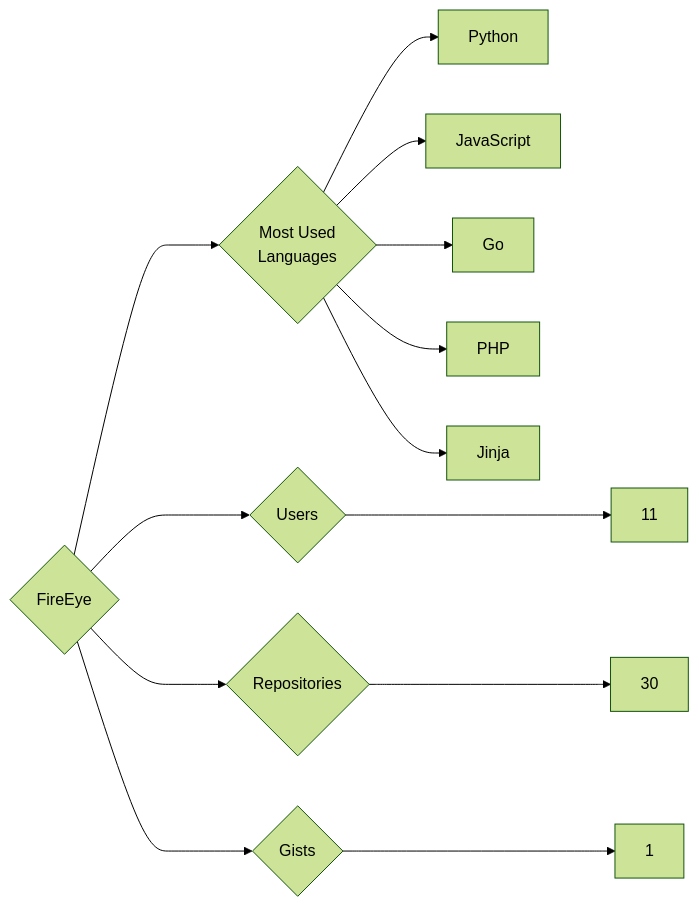
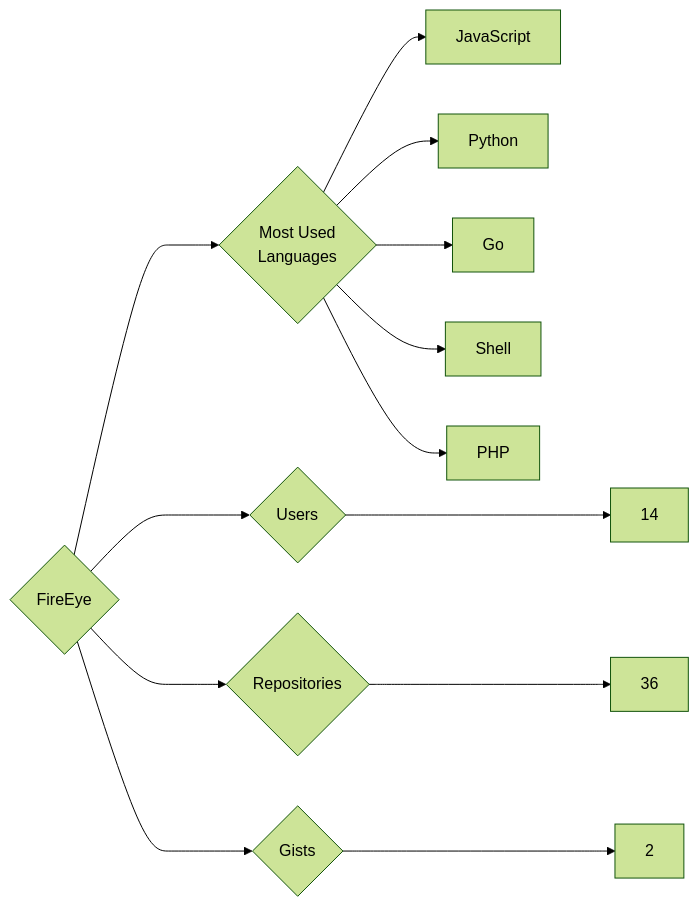
Before and after one commit to trickest/insiders: the diagram in targets/FireEye/README.md, drawn with Mermaid (forest theme). The commit also changed 1148 other files, not shown here.

````diff
--- a/targets/FireEye/README.md
+++ b/targets/FireEye/README.md
@@ -3,13 +3,13 @@
 ```mermaid
 graph LR
 COMPANY_NAME{FireEye}
-COMPANY_NAME ---> U{Users} ---> UN[11]
-COMPANY_NAME ---> R{Repositories} ---> RN[30]
-COMPANY_NAME ---> G{Gists} ---> GN[1]
+COMPANY_NAME ---> U{Users} ---> UN[14]
+COMPANY_NAME ---> R{Repositories} ---> RN[36]
+COMPANY_NAME ---> G{Gists} ---> GN[2]
 COMPANY_NAME ---> ML{Most Used<br>Languages}
+ML --> JavaScript[JavaScript]
 ML --> Python[Python]
-ML --> JavaScript[JavaScript]
 ML --> Go[Go]
+ML --> Shell[Shell]
 ML --> PHP[PHP]
-ML --> Jinja[Jinja]
 ```
````
